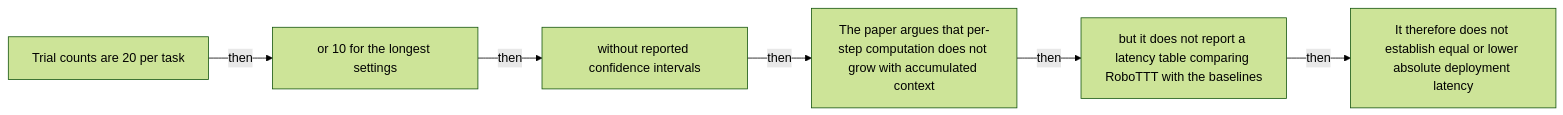
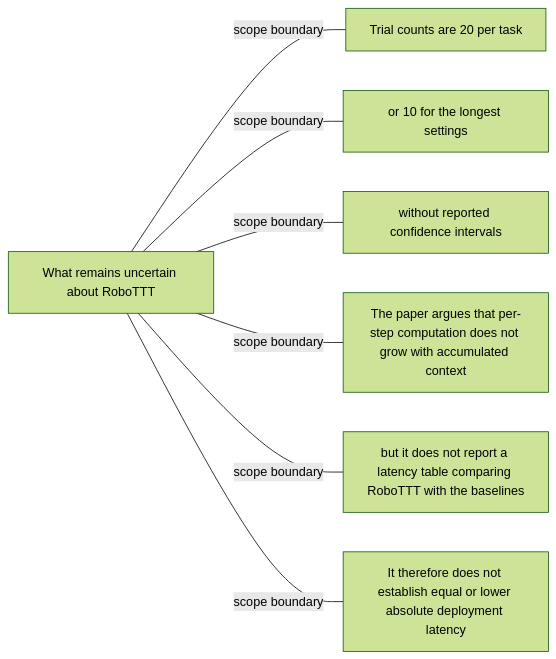
One commit to Betancourt1/paper_atlas changed diagram 42 of 48 in docs/visual-manifests/VISUAL_MANIFEST_ROBOTT.md. Above: the diagram before and after it, drawn with Mermaid (forest theme). The commit also changed other lines of this file and 7 other files, not shown here.

````diff
--- a/docs/visual-manifests/VISUAL_MANIFEST_ROBOTT.md
+++ b/docs/visual-manifests/VISUAL_MANIFEST_ROBOTT.md
@@ -3537,14 +3541,16 @@
 ```mermaid
 flowchart LR
-  n1["Trial counts are 20 per task"]
-  n2["or 10 for the longest settings"]
-  n3["without reported confidence intervals"]
-  n4["The paper argues that per-step computation does not grow with accumulated context"]
-  n5["but it does not report a latency table comparing RoboTTT with the baselines"]
-  n6["It therefore does not establish equal or lower absolute deployment latency"]
-  n1 -->|"then"| n2
-  n2 -->|"then"| n3
-  n3 -->|"then"| n4
-  n4 -->|"then"| n5
-  n5 -->|"then"| n6
+  center["What remains uncertain about RoboTTT"]
+  f1["Trial counts are 20 per task"]
+  f2["or 10 for the longest settings"]
+  f3["without reported confidence intervals"]
+  f4["The paper argues that per-step computation does not grow with accumulated context"]
+  f5["but it does not report a latency table comparing RoboTTT with the baselines"]
+  f6["It therefore does not establish equal or lower absolute deployment latency"]
+  center ---|"scope boundary"| f1
+  center ---|"scope boundary"| f2
+  center ---|"scope boundary"| f3
+  center ---|"scope boundary"| f4
+  center ---|"scope boundary"| f5
+  center ---|"scope boundary"| f6
 ```
````
